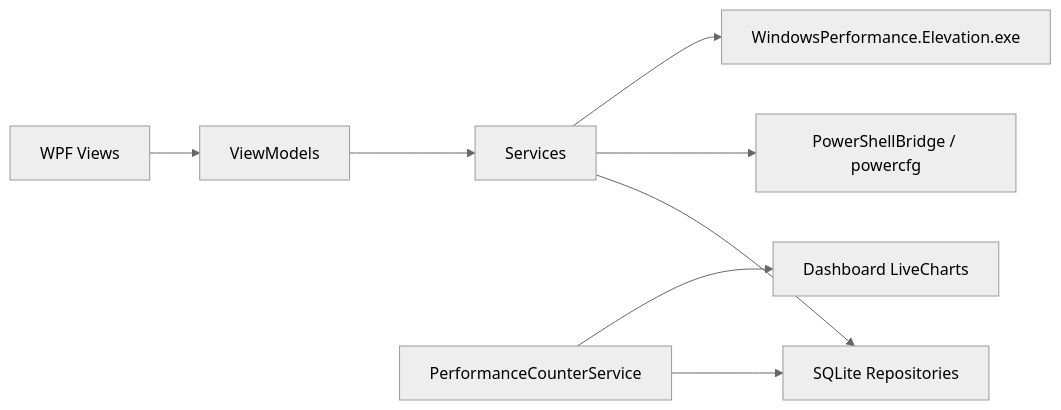
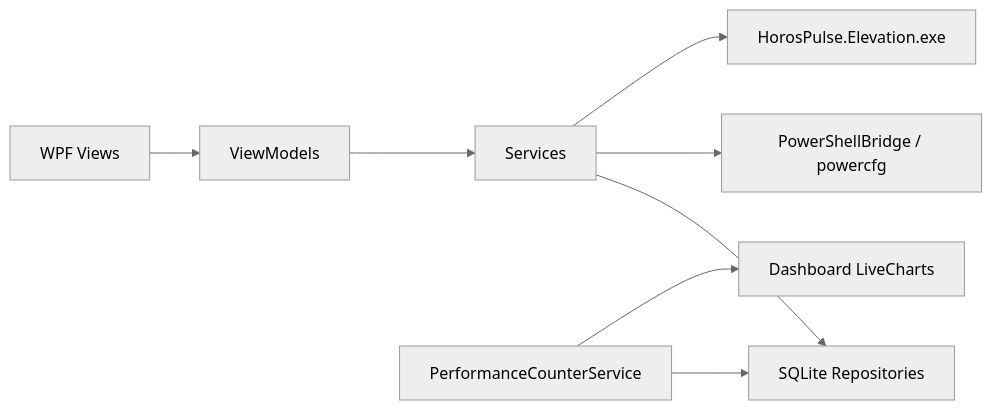
Before and after one commit to HorosCloudOfficial/HorosPulse: the first of 2 diagrams in docs/architecture.md, drawn with Mermaid (neutral theme). The commit also changed other lines of this file and 522 other files, not shown here.

First line of the commit message:
Rebrand WindowsPerformance to HorosPulse (HorosCode ecosystem).

````diff
--- a/docs/architecture.md
+++ b/docs/architecture.md
@@ -21,10 +21,10 @@
 ```mermaid
 flowchart LR
     UI[WPF Views] --> VM[ViewModels]
     VM --> SVC[Services]
     SVC --> DATA[SQLite Repositories]
     SVC --> PS[PowerShellBridge / powercfg]
-    SVC --> EL[WindowsPerformance.Elevation.exe]
+    SVC --> EL[HorosPulse.Elevation.exe]
     METRICS[PerformanceCounterService] --> DATA
     METRICS --> DASH[Dashboard LiveCharts]
 ```
````
